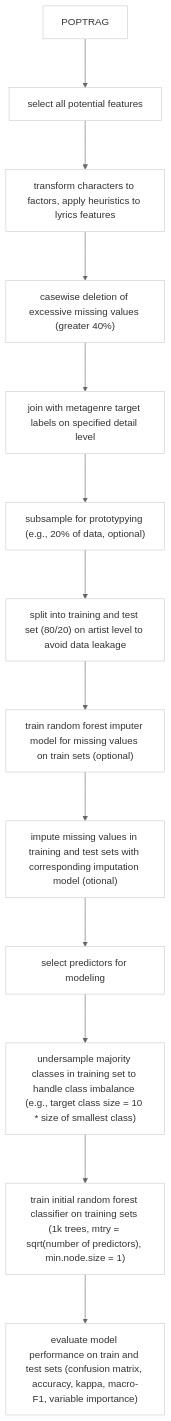
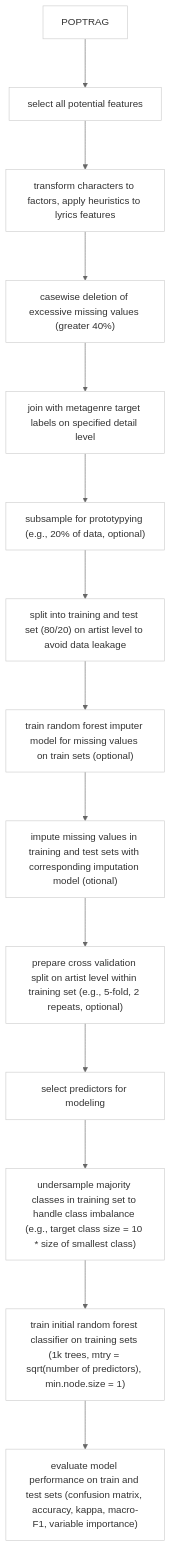
Before and after one commit to markusradke/GenreDiscourseAnalysis: the diagram in inst/05_rf_classifier.qmd, drawn with Mermaid.

Commit message:
update workflow documentation in radom forest classifier report

````diff
--- a/inst/05_rf_classifier.qmd
+++ b/inst/05_rf_classifier.qmd
@@ -44,34 +44,35 @@
 ```{mermaid}
 %%{init: {
   'flowchart': {
     'nodeSpacing': 50, 
     'rankSpacing': 80,
     'useMaxWidth': true,
     'htmlLabels': false,
     'curve': 'basis'
   }, 
   'theme': 'base',
   'themeVariables': {
     'fontSize': '16px',
     'fontFamily': 'Arial, sans-serif',
     'primaryColor': '#ffffff',
     'primaryTextColor': '#333333',
     'primaryBorderColor': '#cccccc', 
     'lineColor': '#666666',
     'textColor': '#333333'
   }
 }}%%
 graph TD
   A["POPTRAG"] --> B["select all potential features"]
   B --> C["transform characters to factors, apply heuristics to lyrics features"]
   C --> D["casewise deletion of excessive missing values (greater 40%)"]
   D --> E["join with metagenre target labels on specified detail level"]
   E --> F["subsample for prototypying (e.g., 20% of data, optional)"]
   F --> G["split into training and test set (80/20) on artist level to avoid data leakage"]
   G --> H["train random forest imputer model for missing values on train sets (optional)"]
   H --> I["impute missing values in training and test sets with corresponding imputation model (otional)"]
-  I --> J["select predictors for modeling"]
-  J --> K["undersample majority classes in training set to handle class imbalance (e.g., target class size = 10 * size of smallest class)"]
-  K --> L["train initial random forest classifier on training sets (1k trees, mtry = sqrt(number of predictors), min.node.size = 1)"]
-  L --> M["evaluate model performance on train and test sets (confusion matrix, accuracy, kappa, macro-F1, variable importance)"]
+  I --> J["prepare cross validation split on artist level within training set (e.g., 5-fold, 2 repeats, optional)"]
+  J --> K["select predictors for modeling"]
+  K --> L["undersample majority classes in training set to handle class imbalance (e.g., target class size = 10 * size of smallest class)"]
+  L --> M["train initial random forest classifier on training sets (1k trees, mtry = sqrt(number of predictors), min.node.size = 1)"]
+  M --> N["evaluate model performance on train and test sets (confusion matrix, accuracy, kappa, macro-F1, variable importance)"]
 ```
````
